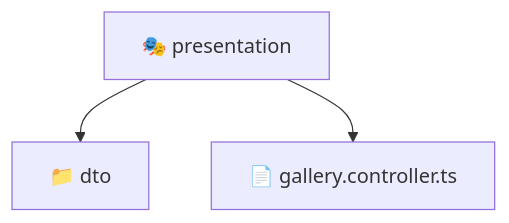
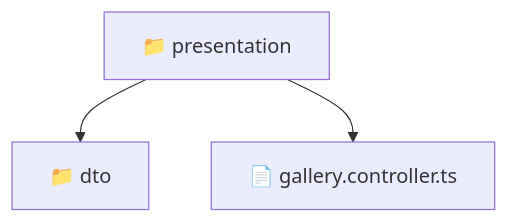
One commit to beginwebdev2002/fullstack-mavluda changed the diagram in backend/src/modules/gallery/presentation/README.md. Above: the diagram before and after it, drawn with Mermaid. The commit also changed other lines of this file and 159 other files, not shown here.

````diff
--- a/backend/src/modules/gallery/presentation/README.md
+++ b/backend/src/modules/gallery/presentation/README.md
@@ -11,6 +9,6 @@
 ```mermaid
 graph TD
-  presentation["🎭 presentation"]
-  presentation --> presentation_dto["📁 dto"]
-  presentation --> presentation_gallery_controller_ts["📄 gallery.controller.ts"]
+  Root["📁 presentation"]
+  Root --> dto["📁 dto"]
+  Root --> gallery_controller_ts["📄 gallery.controller.ts"]
 ```
````
